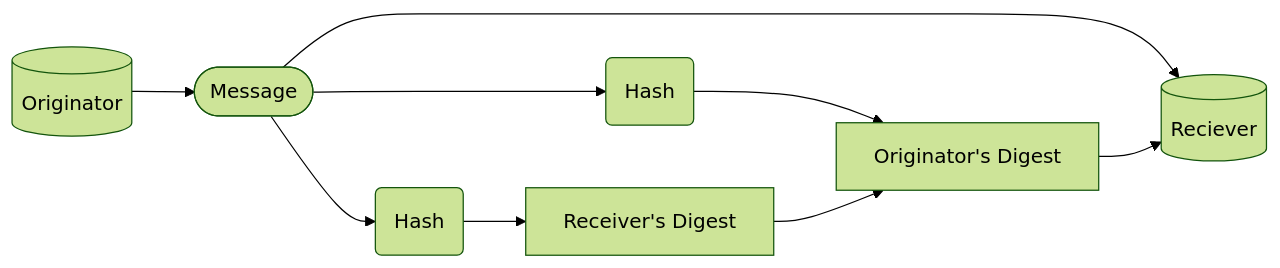
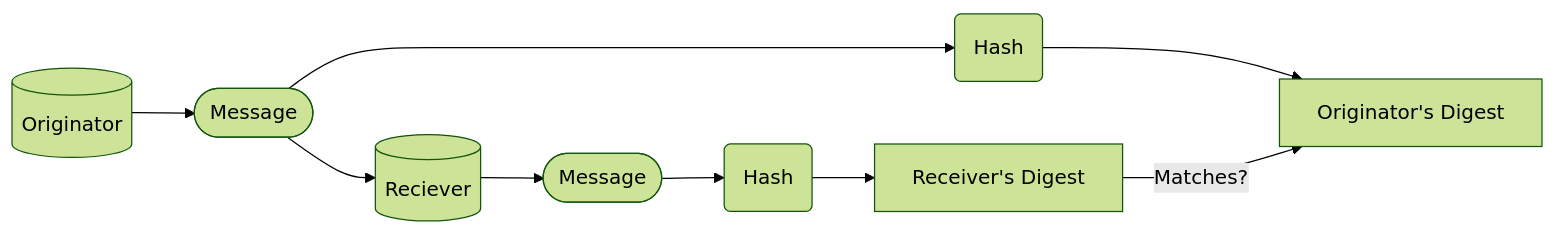
The first of 4 diagrams in isc2-cc/domain-5/cryptography-overview.md (RobertRMarsh/cyber-notes), drawn with Mermaid (forest theme) before and after one commit. The commit also changed other lines of this file, not shown here.

Commit message:
vault backup: 2026-05-19 17:42:09

````diff
--- a/isc2-cc/domain-5/cryptography-overview.md
+++ b/isc2-cc/domain-5/cryptography-overview.md
@@ -37,11 +38,11 @@
 ```mermaid  
 graph LR
 A[(Originator)] --> B([Message]);
 B --> C(Hash);
 C --> D[Originator's Digest];    
 B --> F[(Reciever)];
-D --> F[(Reciever)];
-B --> G(Hash);
+F --> E([Message]);
+E --> G(Hash);
 G --> H[Receiver's Digest];
-H --> D[Originator's Digest]; 
+H -->|Matches?|D[Originator's Digest]; 
 ```
````
